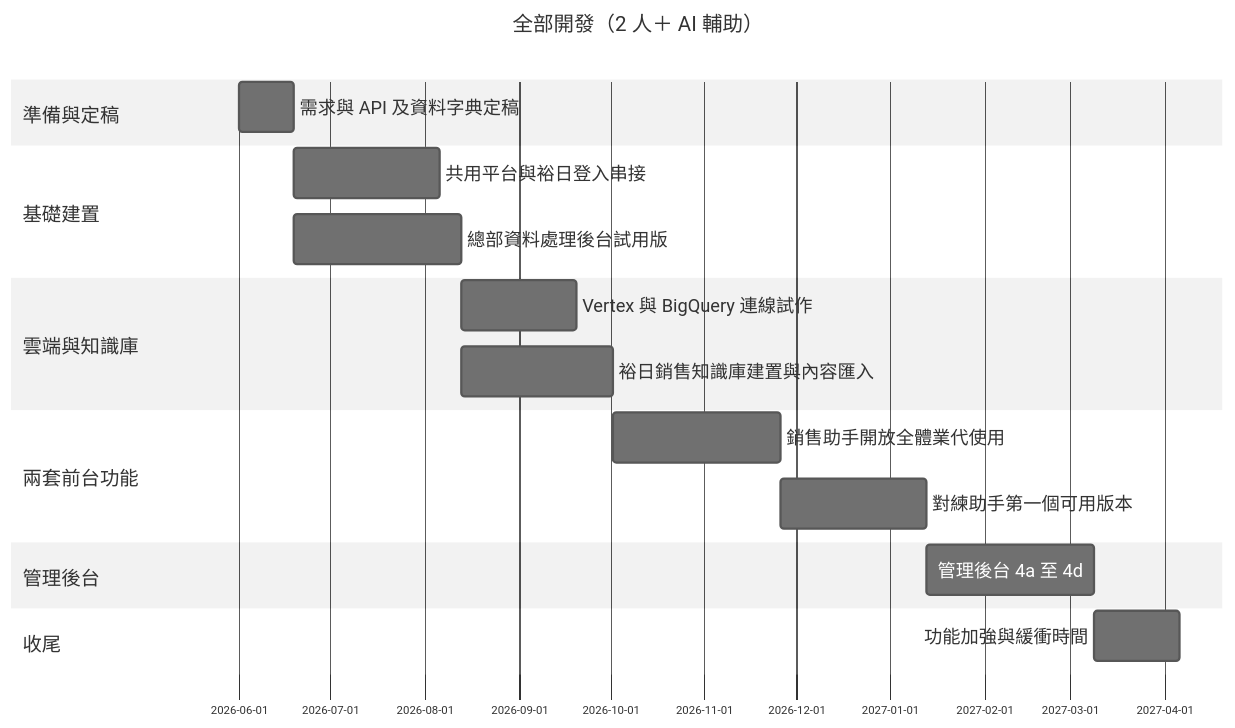
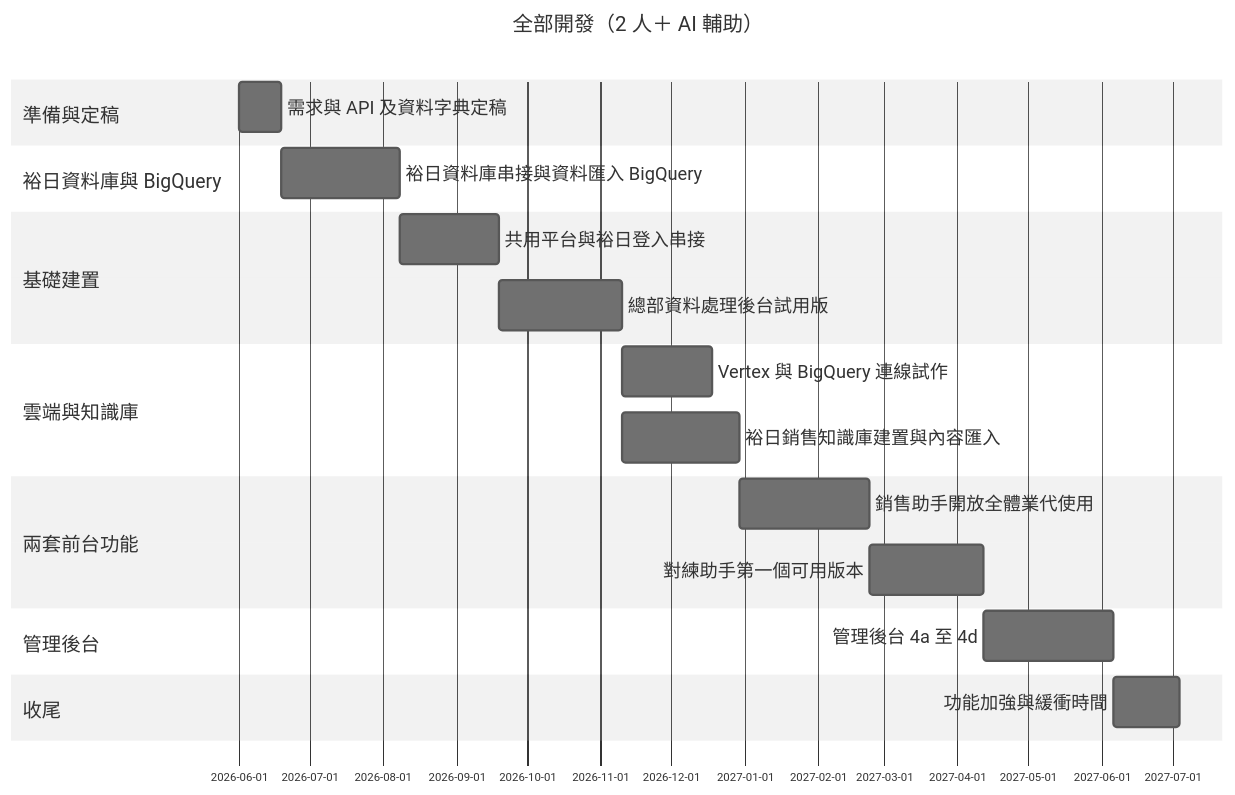
Before and after one commit to humtersiso/YNM_Sales_AI_Coach: the first of 2 diagrams in PROJECT_SCOPE_SALES_TRAINING.md, drawn with Mermaid (neutral theme). The commit also changed other lines of this file, not shown here.

Commit message:
Scope v0.9: 4a 精簡、裕日資料庫與 BQ 置前、甘特與風險對齊

````diff
--- a/PROJECT_SCOPE_SALES_TRAINING.md
+++ b/PROJECT_SCOPE_SALES_TRAINING.md
@@ -132,21 +135,23 @@
 ```mermaid
 %%{init: { "gantt": { "barHeight": 44, "barGap": 14, "fontSize": 16, "sectionFontSize": 17, "topPadding": 70, "leftPadding": 200, "gridLineStartPadding": 50 } } }%%
 gantt
 title 全部開發（2 人＋ AI 輔助）
 dateFormat YYYY-MM-DD
 section 準備與定稿
 需求與 API 及資料字典定稿 :p0, 2026-06-01, 18d
+section 裕日資料庫與 BigQuery
+裕日資料庫串接與資料匯入 BigQuery :pdb, after p0, 50d
 section 基礎建置
-共用平台與裕日登入串接 :p1, after p0, 48d
-總部資料處理後台試用版 :p1b, after p0, 55d
+共用平台與裕日登入串接 :p1, after pdb, 42d
+總部資料處理後台試用版 :p1b, after p1, 52d
 section 雲端與知識庫
 Vertex 與 BigQuery 連線試作 :p2, after p1b, 38d
 裕日銷售知識庫建置與內容匯入 :pk, after p1b, 50d
 section 兩套前台功能
 銷售助手開放全體業代使用 :p3a, after p2 pk, 55d
 對練助手第一個可用版本 :p3b, after p3a, 48d
 section 管理後台
 管理後台 4a 至 4d :p4, after p3b, 55d
 section 收尾
 功能加強與緩衝時間 :p5, after p4, 28d
 ```
````
